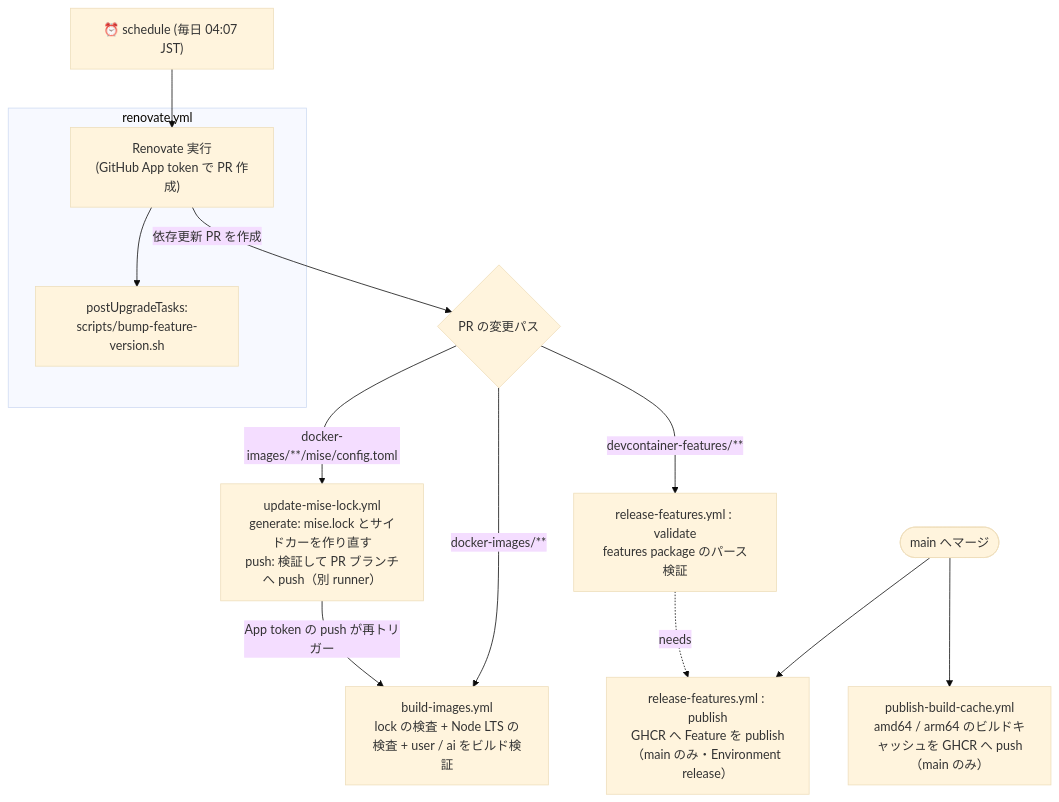
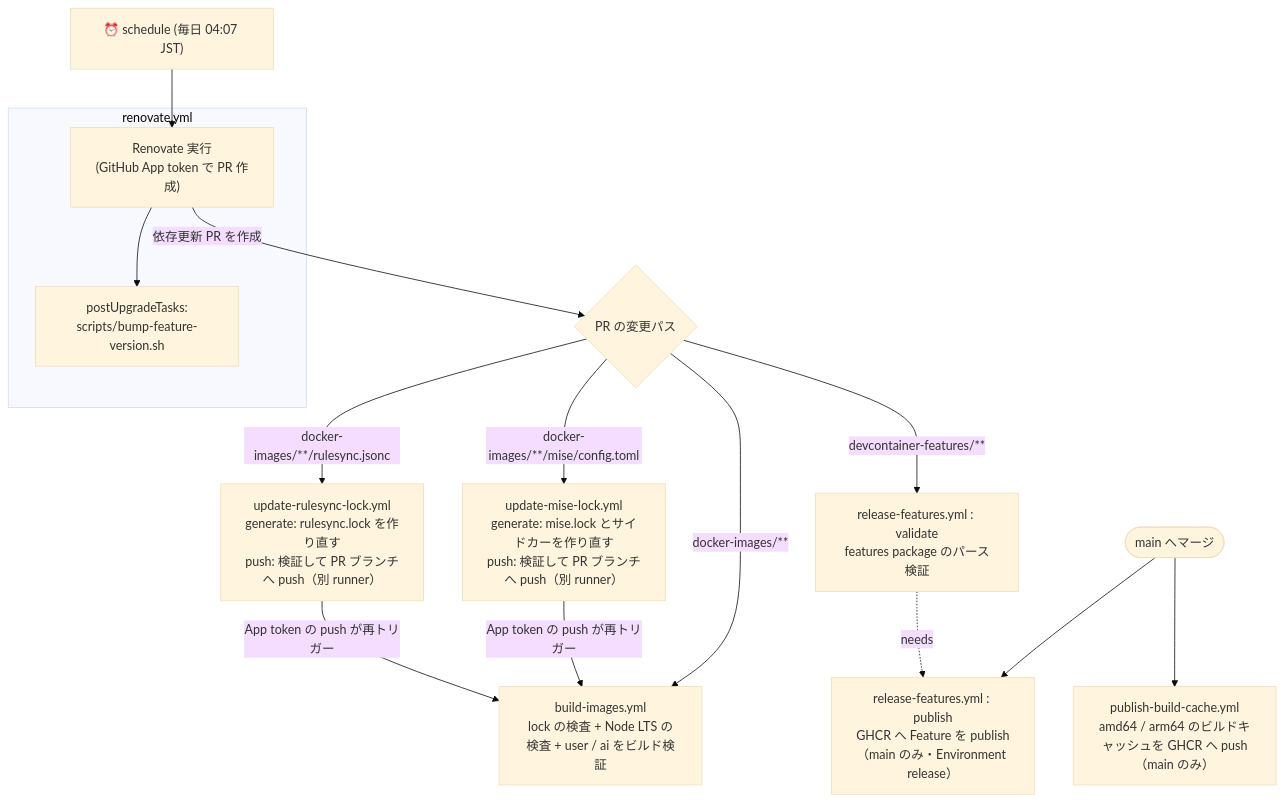
Before and after one commit to Diiva-Szk/devcontainer-env-core: the diagram in docs/MAINTAINING.md, drawn with Mermaid (base theme). The commit also changed other lines of this file, not shown here.

````diff
--- a/docs/MAINTAINING.md
+++ b/docs/MAINTAINING.md
@@ -179,22 +181,24 @@
 ```mermaid
 flowchart TD
     cron["⏰ schedule (毎日 04:07 JST)"] --> renovate
 
     subgraph renovate_wf["renovate.yml"]
         renovate["Renovate 実行<br/>(GitHub App token で PR 作成)"]
         bump["postUpgradeTasks:<br/>scripts/bump-feature-version.sh"]
         renovate --> bump
     end
 
     renovate -->|依存更新 PR を作成| PR{"PR の変更パス"}
 
     PR -->|"docker-images/**"| build["build-images.yml<br/>lock の検査 + Node LTS の検査 + user / ai をビルド検証"]
     PR -->|"docker-images/**/mise/config.toml"| lock["update-mise-lock.yml<br/>generate: mise.lock とサイドカーを作り直す<br/>push: 検証して PR ブランチへ push（別 runner）"]
+    PR -->|"docker-images/**/rulesync.jsonc"| rlock["update-rulesync-lock.yml<br/>generate: rulesync.lock を作り直す<br/>push: 検証して PR ブランチへ push（別 runner）"]
     PR -->|"devcontainer-features/**"| validate["release-features.yml : validate<br/>features package のパース検証"]
 
     lock -->|"App token の push が再トリガー"| build
+    rlock -->|"App token の push が再トリガー"| build
 
     merge(["main へマージ"]) --> publish["release-features.yml : publish<br/>GHCR へ Feature を publish（main のみ・Environment release）"]
     merge --> cache["publish-build-cache.yml<br/>amd64 / arm64 のビルドキャッシュを GHCR へ push（main のみ）"]
     validate -. "needs" .-> publish
 ```
````
